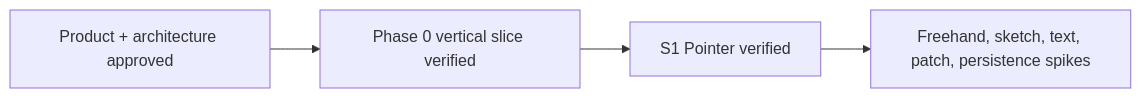
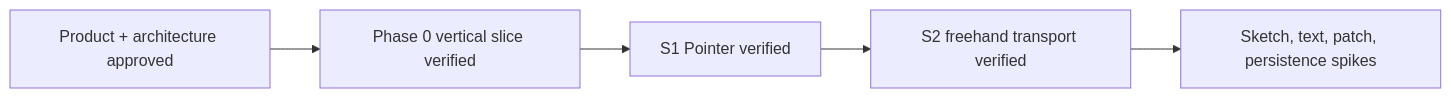
Before and after one commit to deweyou/node-ink: the diagram in docs/.state.md, drawn with Mermaid. The commit also changed other lines of this file and 21 other files, not shown here.

````diff
--- a/docs/.state.md
+++ b/docs/.state.md
@@ -3,6 +3,7 @@
 ```mermaid
 flowchart LR
     Design["Product + architecture approved"] --> Slice["Phase 0 vertical slice verified"]
     Slice --> Pointer["S1 Pointer verified"]
-    Pointer --> Spikes["Freehand, sketch, text, patch, persistence spikes"]
+    Pointer --> Stroke["S2 freehand transport verified"]
+    Stroke --> Spikes["Sketch, text, patch, persistence spikes"]
 ```
````
